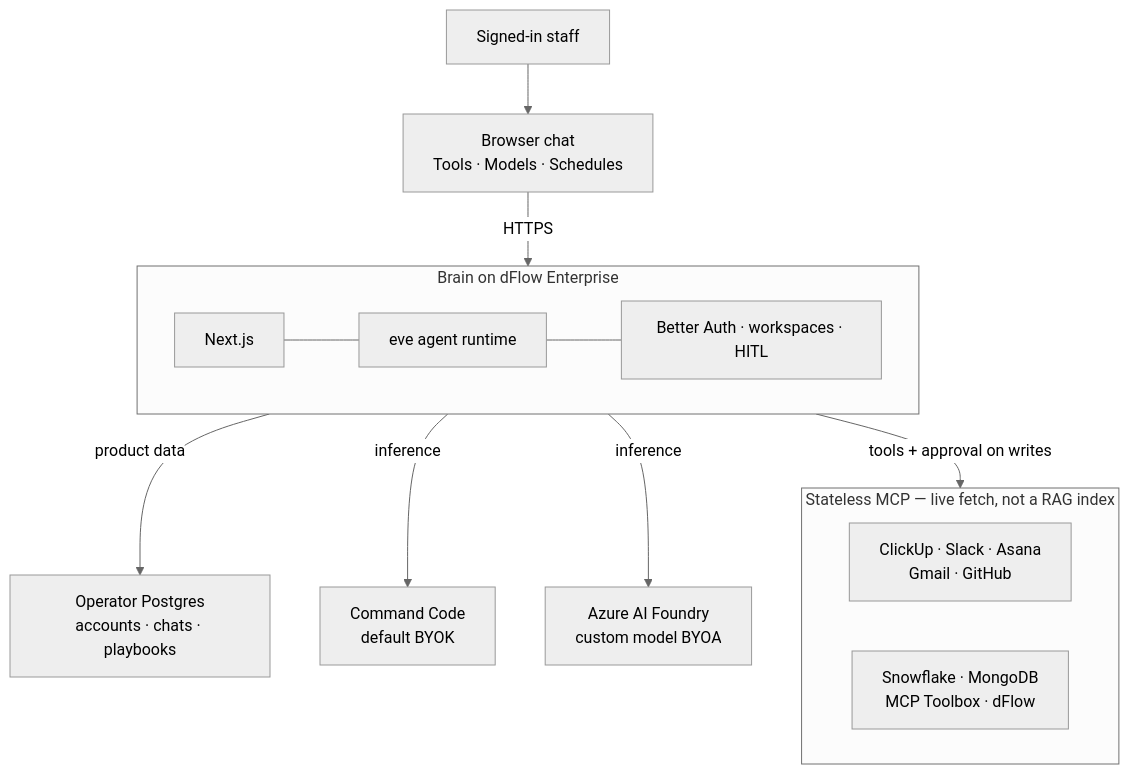
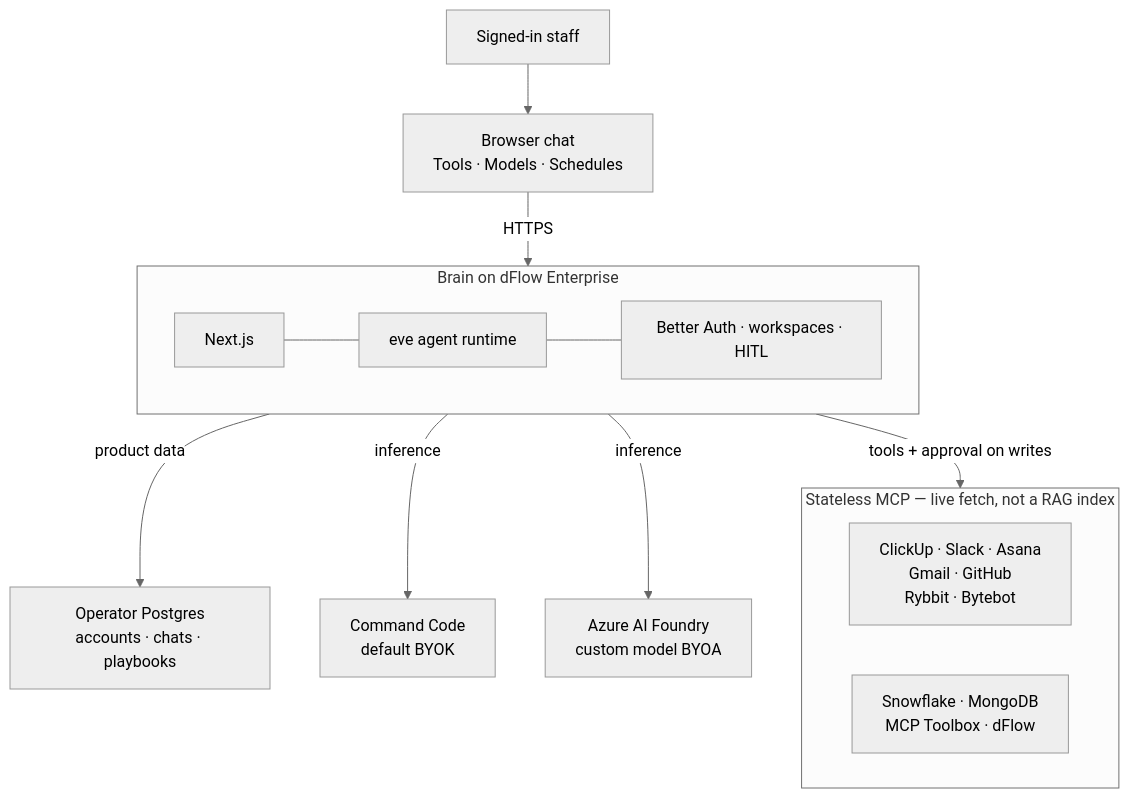
Before and after one commit to akhil-naidu/brain: the diagram in docs/brain-architecture-diagram.mmd, drawn with Mermaid (neutral theme). The commit also changed 8 other files, not shown here.

Commit message:
Mention Rybbit and Bytebot in architecture and env docs.

```diff
--- a/docs/brain-architecture-diagram.mmd
+++ b/docs/brain-architecture-diagram.mmd
@@ -1,28 +1,28 @@
 flowchart TB
   User["Signed-in staff"]
   UI["Browser chat<br/>Tools · Models · Schedules"]
 
   subgraph Host["Brain on dFlow Enterprise"]
     direction LR
     Next["Next.js"]
     Eve["eve agent runtime"]
     Guard["Better Auth · workspaces · HITL"]
     Next --- Eve --- Guard
   end
 
   PG["Operator Postgres<br/>accounts · chats · playbooks"]
   CC["Command Code<br/>default BYOK"]
   AF["Azure AI Foundry<br/>custom model BYOA"]
 
   subgraph MCP["Stateless MCP — live fetch, not a RAG index"]
     direction LR
-    Apps["ClickUp · Slack · Asana<br/>Gmail · GitHub"]
+    Apps["ClickUp · Slack · Asana<br/>Gmail · GitHub<br/>Rybbit · Bytebot"]
     Data["Snowflake · MongoDB<br/>MCP Toolbox · dFlow"]
   end
 
   User --> UI
   UI -->|"HTTPS"| Next
   Eve -->|"product data"| PG
   Eve -->|"inference"| CC
   Eve -->|"inference"| AF
   Eve -->|"tools + approval on writes"| MCP
```
